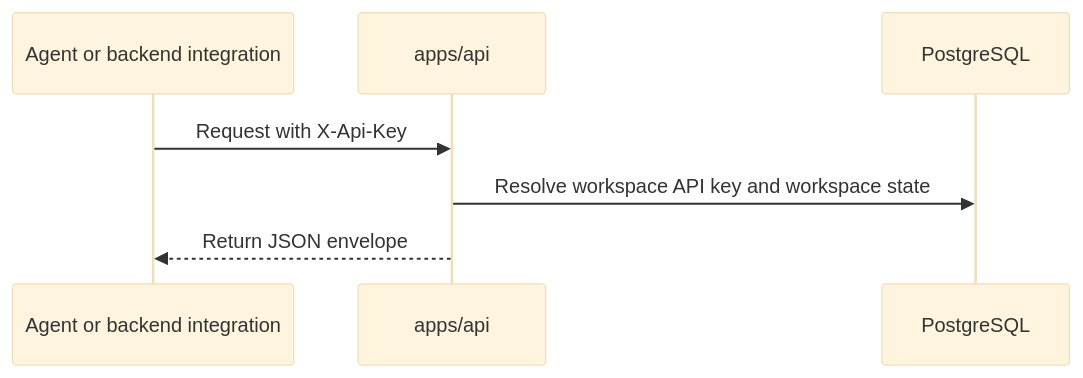
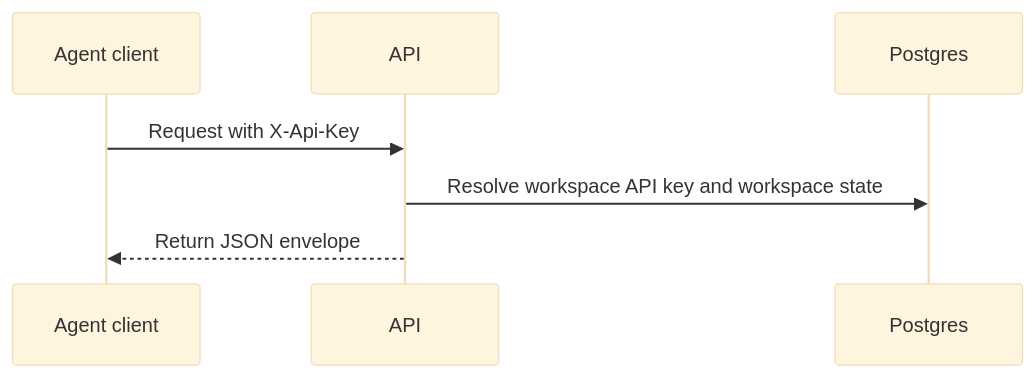
One commit to SavioCodes/VOWGRID-API changed the third of 5 diagrams in docs/ARCHITECTURE.md. Above: the diagram before and after it, drawn with Mermaid (base theme). The commit also changed other lines of this file and 9 other files, not shown here.

````diff
--- a/docs/ARCHITECTURE.md
+++ b/docs/ARCHITECTURE.md
@@ -124,10 +124,10 @@
 ```mermaid
 sequenceDiagram
-  participant Client as Agent or backend integration
-  participant API as apps/api
-  participant DB as PostgreSQL
+  participant Client as Agent client
+  participant API as API
+  participant DB as Postgres
 
   Client->>API: Request with X-Api-Key
   API->>DB: Resolve workspace API key and workspace state
   API-->>Client: Return JSON envelope
 ```
````
